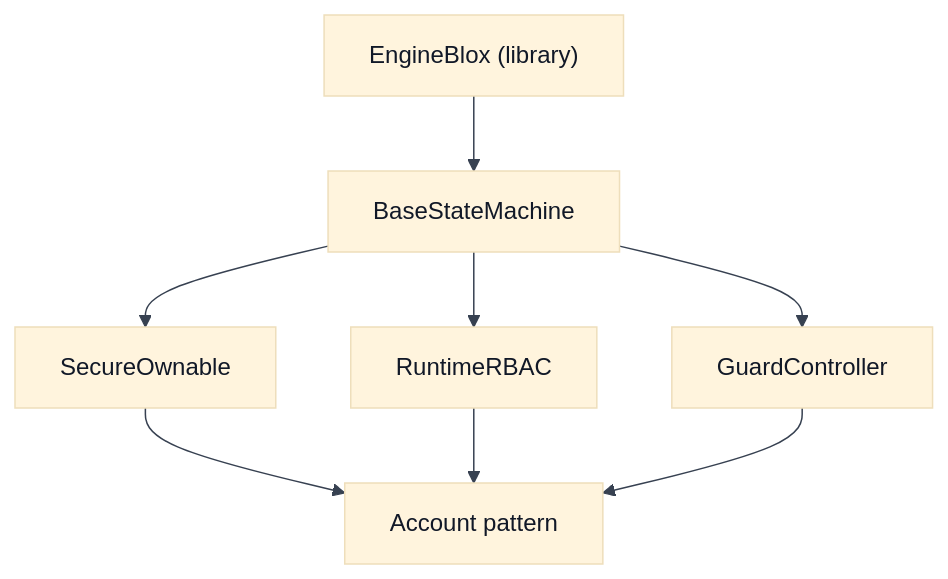
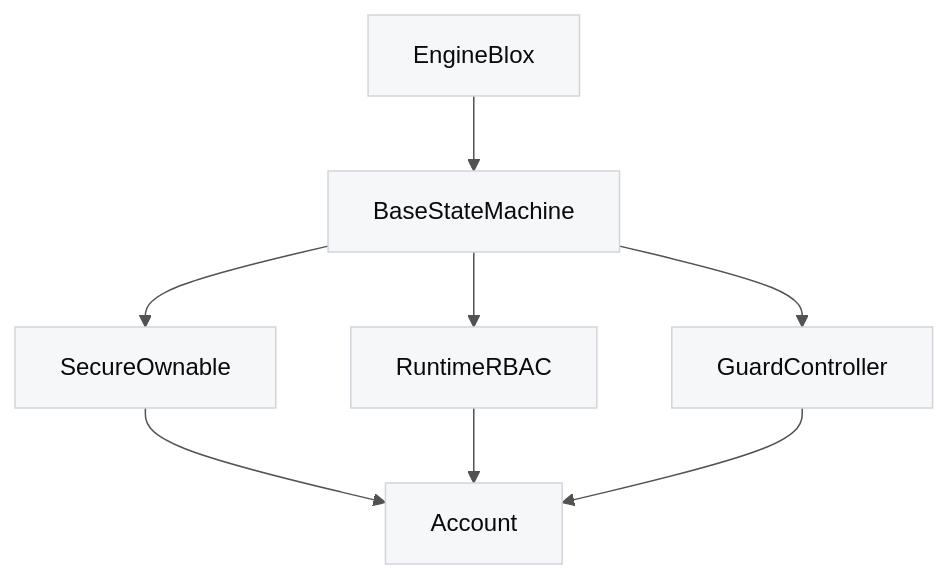
The diagram in README.md (PracticalParticle/Bloxchain-Protocol), drawn with Mermaid before and after one commit. The commit also changed other lines of this file and 14 other files, not shown here.

````diff
--- a/README.md
+++ b/README.md
@@ -127,17 +55,17 @@
 ```mermaid
-%%{init: {'theme': 'base', 'themeVariables': {'primaryTextColor': '#111827', 'lineColor': '#374151'}}}%%
+%%{init: {'theme': 'base', 'themeVariables': {'primaryTextColor': '#0A0A0A', 'lineColor': '#525252', 'primaryColor': '#F6F7F9', 'primaryBorderColor': '#D1D5DB', 'background': '#FFFFFF'}}}%%
 graph TB
-  EB["EngineBlox (library)"]
+  EB["EngineBlox"]
   BSM["BaseStateMachine"]
   SO["SecureOwnable"]
   RBAC["RuntimeRBAC"]
   GC["GuardController"]
-  ACC["Account pattern"]
+  ACC["Account"]
   EB --> BSM
   BSM --> SO
   BSM --> RBAC
   BSM --> GC
   SO --> ACC
   RBAC --> ACC
   GC --> ACC
 ```
````
